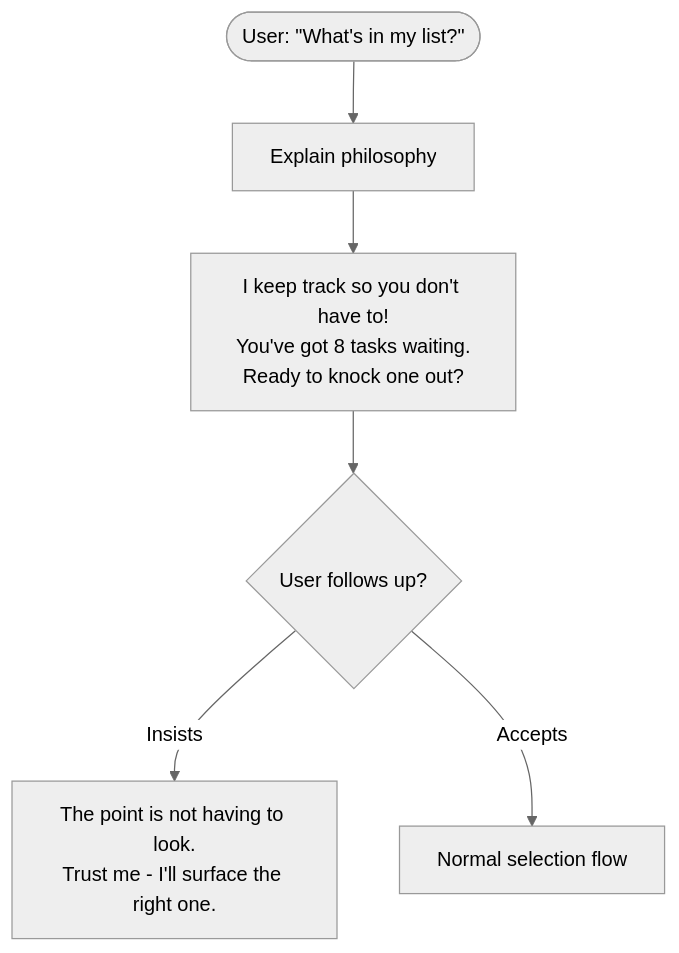
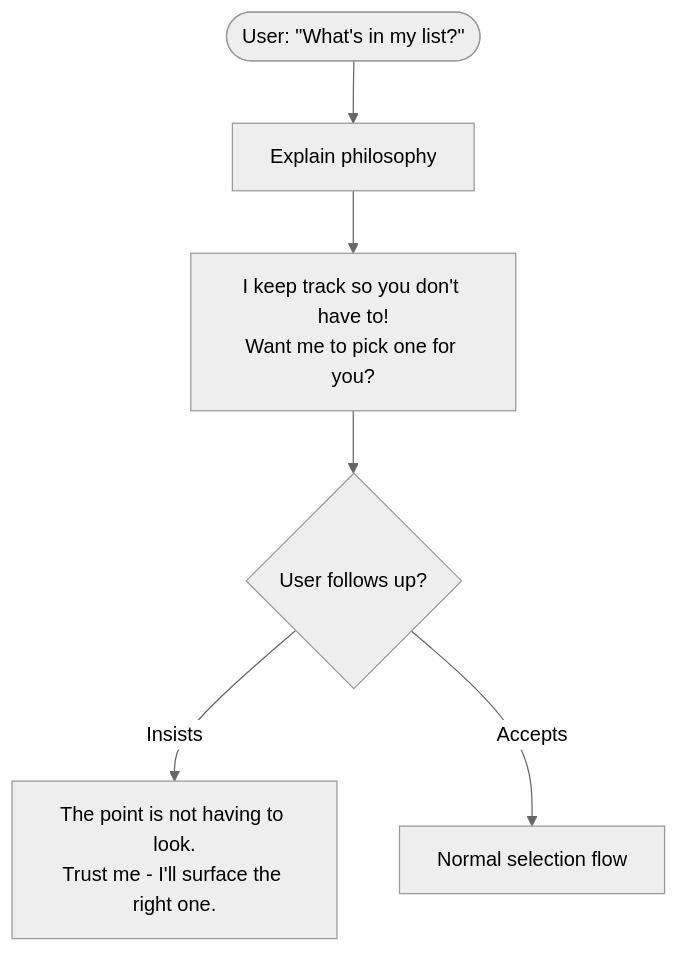
Before and after one commit to NickBorgersProbably/hide-my-list: diagram 25 of 28 in docs/user-interactions.md, drawn with Mermaid (neutral theme). The commit also changed other lines of this file and 25 other files, not shown here.

````diff
--- a/docs/user-interactions.md
+++ b/docs/user-interactions.md
@@ -1030,10 +1028,10 @@
 ```mermaid
 flowchart TD
     Ask(["User: #quot;What's in my list?#quot;"]) --> Philosophy[Explain philosophy]
 
-    Philosophy --> Response["I keep track so you don't have to!<br/>You've got 8 tasks waiting.<br/>Ready to knock one out?"]
+    Philosophy --> Response["I keep track so you don't have to!<br/>Want me to pick one for you?"]
 
     Response --> Follow{User follows up?}
     Follow -->|Insists| Gentle["The point is not having to look.<br/>Trust me - I'll surface the right one."]
     Follow -->|Accepts| Selection[Normal selection flow]
 ```
````
